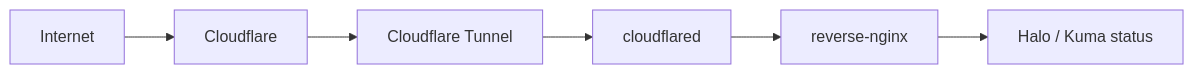
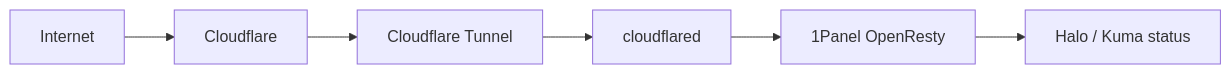
The first of 3 diagrams in README.md (ryoo2001/homelab-infra), drawn with Mermaid before and after one commit. The commit also changed other lines of this file and 3 other files, not shown here.

````diff
--- a/README.md
+++ b/README.md
@@ -43,8 +43,8 @@
 ```mermaid
 flowchart LR
   internet[Internet] --> cf[Cloudflare]
   cf --> tunnel[Cloudflare Tunnel]
   tunnel --> cloudflared[cloudflared]
-  cloudflared --> reverse[reverse-nginx]
-  reverse --> publicServices[Halo / Kuma status]
+  cloudflared --> openresty[1Panel OpenResty]
+  openresty --> publicServices[Halo / Kuma status]
 ```
````
